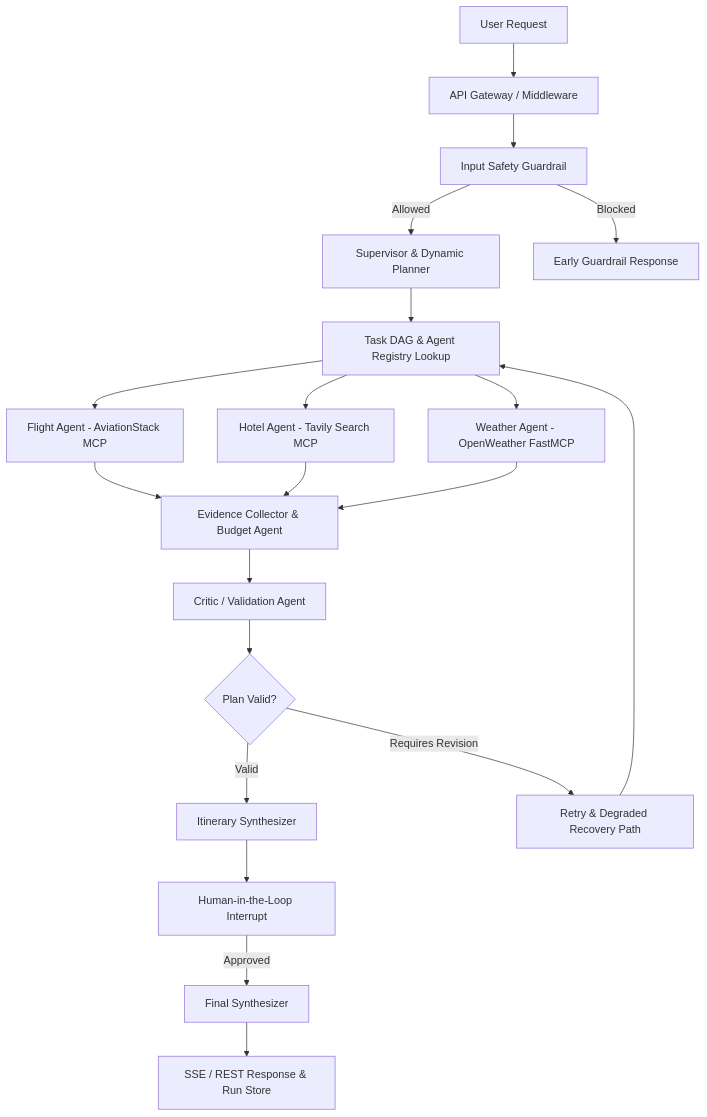
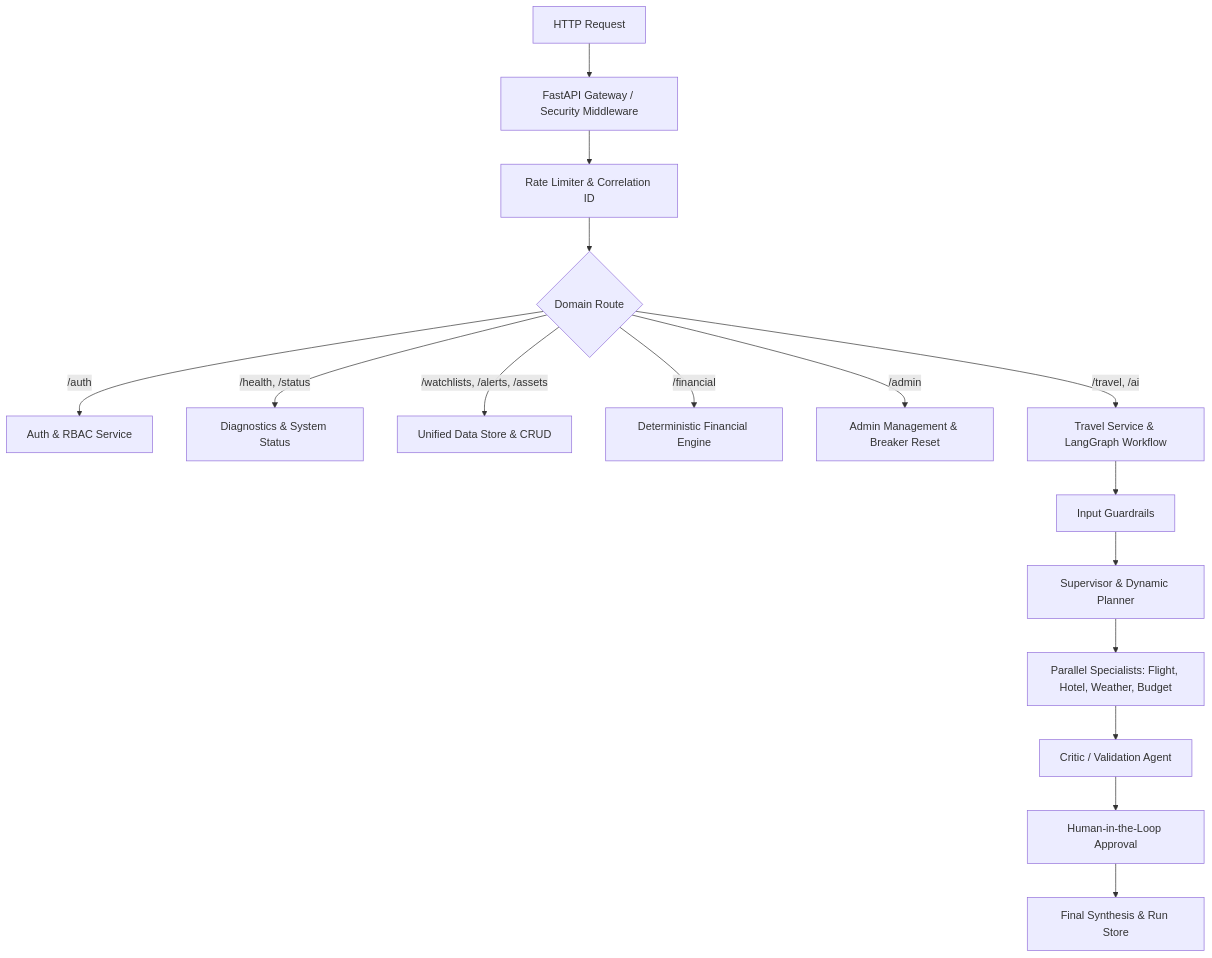
One commit to backendwithvishal/Multi_AI_Agent changed the diagram in README.md. Above: the diagram before and after it, drawn with Mermaid. The commit also changed other lines of this file and 27 other files, not shown here.

Commit message:
improve multi-agent backend architecture and reliability

````diff
--- a/README.md
+++ b/README.md
@@ -33,28 +37,20 @@
 ```mermaid
 flowchart TD
-    A[User Request] --> B[API Gateway / Middleware]
-    B --> C[Input Safety Guardrail]
-    C -->|Allowed| D[Supervisor & Dynamic Planner]
-    C -->|Blocked| E[Early Guardrail Response]
+    A[HTTP Request] --> B[FastAPI Gateway / Security Middleware]
+    B --> C[Rate Limiter & Correlation ID]
+    C --> D{Domain Route}
 
-    D --> F[Task DAG & Agent Registry Lookup]
+    D -->|/auth| E[Auth & RBAC Service]
+    D -->|/health, /status| F[Diagnostics & System Status]
+    D -->|/watchlists, /alerts, /assets| G[Unified Data Store & CRUD]
+    D -->|/financial| H[Deterministic Financial Engine]
+    D -->|/admin| I[Admin Management & Breaker Reset]
+    D -->|/travel, /ai| J[Travel Service & LangGraph Workflow]
 
-    F --> G[Flight Agent - AviationStack MCP]
-    F --> H[Hotel Agent - Tavily Search MCP]
-    F --> I[Weather Agent - OpenWeather FastMCP]
-
-    G --> J[Evidence Collector & Budget Agent]
-    H --> J
-    I --> J
-
-    J --> K[Critic / Validation Agent]
-    K --> L{Plan Valid?}
-
-    L -->|Valid| M[Itinerary Synthesizer]
-    L -->|Requires Revision| N[Retry & Degraded Recovery Path]
-    N --> F
-
-    M --> O[Human-in-the-Loop Interrupt]
-    O -->|Approved| P[Final Synthesizer]
-    P --> Q[SSE / REST Response & Run Store]
+    J --> K[Input Guardrails]
+    K --> L[Supervisor & Dynamic Planner]
+    L --> M[Parallel Specialists: Flight, Hotel, Weather, Budget]
+    M --> N[Critic / Validation Agent]
+    N --> O[Human-in-the-Loop Approval]
+    O --> P[Final Synthesis & Run Store]
 ```
````
